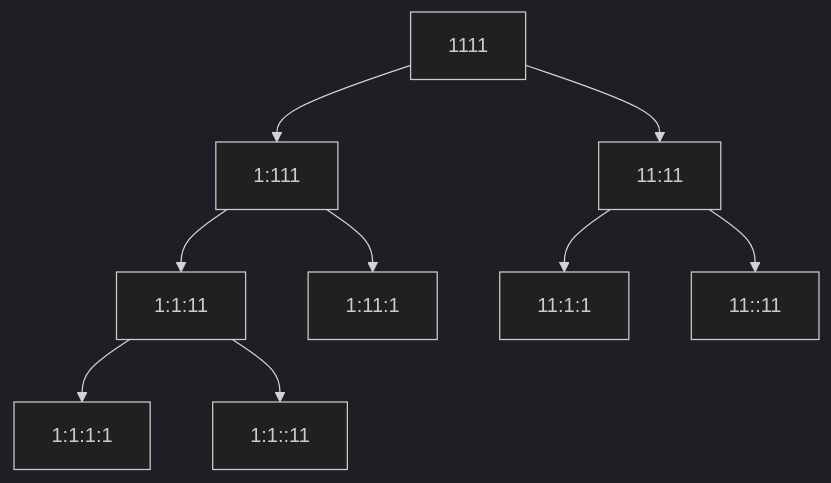
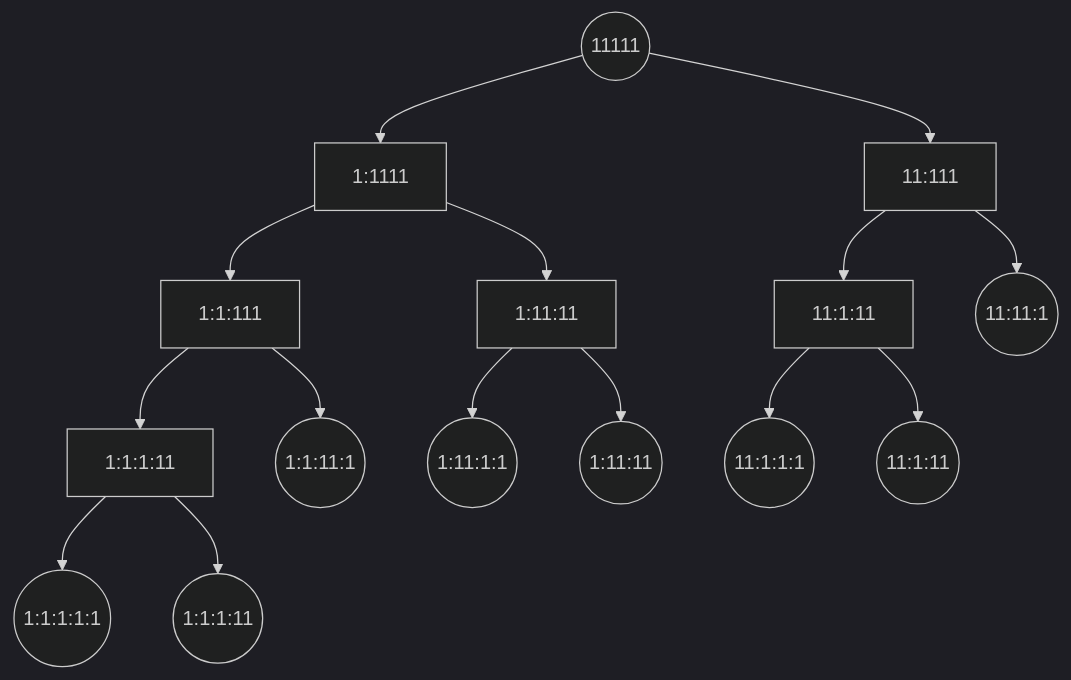
Before and after one commit to yumerov/daily-coding-problem: the second of 2 diagrams in AlphabetMappedNumericStrings/README.md, drawn with Mermaid (dark theme). The commit also changed other lines of this file, not shown here.

````diff
--- a/AlphabetMappedNumericStrings/README.md
+++ b/AlphabetMappedNumericStrings/README.md
@@ -30,12 +44,19 @@
 ```mermaid
 graph TD
-    1111 --> 1:111
-    1:111 --> 1:1:11
-    1:1:11 --> 1:1:1:1
-    1:1:11 --> 1:1::11
-    1:111 --> 1:11:1
-
-    1111 --> 11:11
-    11:11 --> 11:1:1
-    11:11 --> 11::11
+    root((11111))
+    root --> 1:1111
+    1:1111 --> 1:1:111
+    1:1:111 --> 1:1:1:11
+    1:1:1:11 --> 1((1:1:1:1:1))
+    1:1:1:11 --> 2((1:1:1:11))
+    1:1:111 --> 3((1:1:11:1))
+    1:1111 --> 1:11:11
+    1:11:11 --> 4((1:11:1:1))
+    1:11:11 --> 5((1:11:11))
+    
+    root --> 11:111
+    11:111 --> 11:1:11
+    11:1:11 --> 6((11:1:1:1))
+    11:1:11 --> 7((11:1:11))
+    11:111 --> 8((11:11:1))
 ```
````
